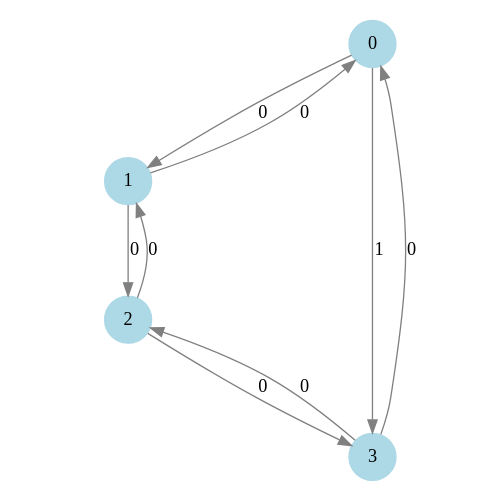
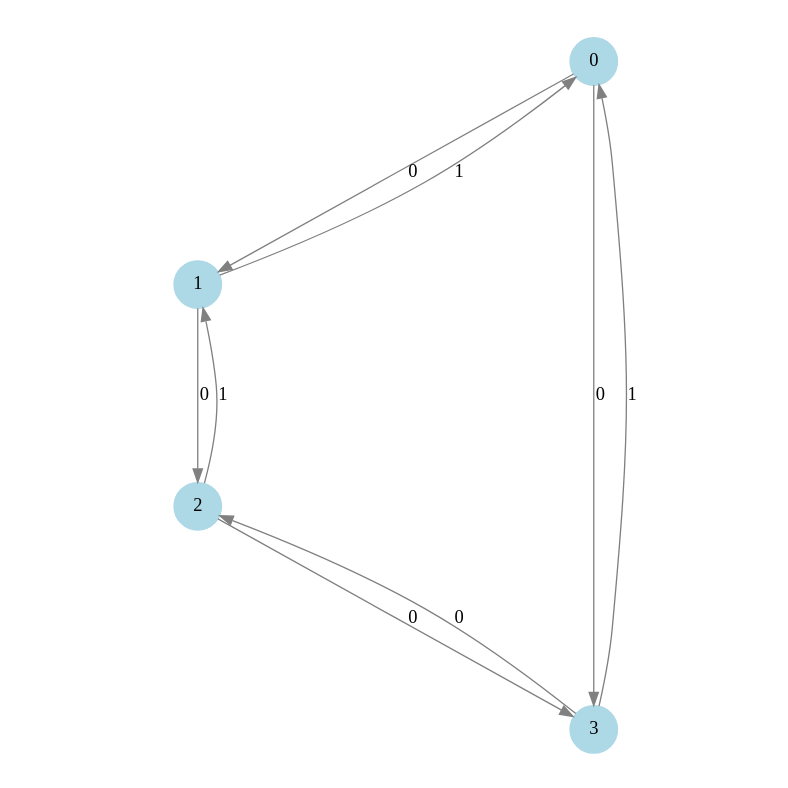
One commit to Fede108/Algoritmos-y-estructura-de-Datos changed the diagram in Trabajo_Final/src/grafo.dot. Above: the diagram before and after it, drawn with Graphviz. The commit also changed 12 other files, not shown here.

```diff
--- a/Trabajo_Final/src/grafo.dot
+++ b/Trabajo_Final/src/grafo.dot
@@ -1,14 +1,14 @@
 digraph G {
     node [shape=circle, style=filled, color=lightblue];
     edge [color=gray, penwidth=1];
-    size="5,5";
+    size="8,8";
     ratio="fill";
     0 -> 1 [label="0"];
-    0 -> 3 [label="1"];
-    1 -> 0 [label="0"];
+    0 -> 3 [label="0"];
+    1 -> 0 [label="1"];
     1 -> 2 [label="0"];
-    2 -> 1 [label="0"];
+    2 -> 1 [label="1"];
     2 -> 3 [label="0"];
-    3 -> 0 [label="0"];
+    3 -> 0 [label="1"];
     3 -> 2 [label="0"];
 }
```
